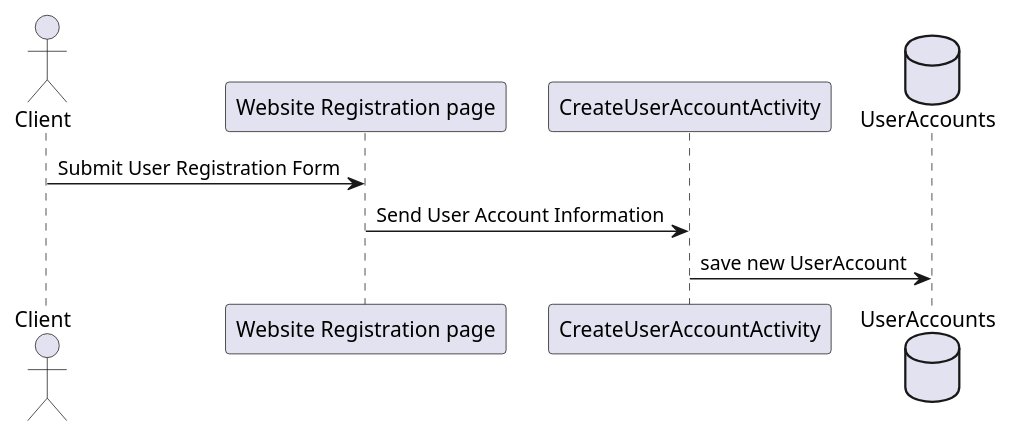
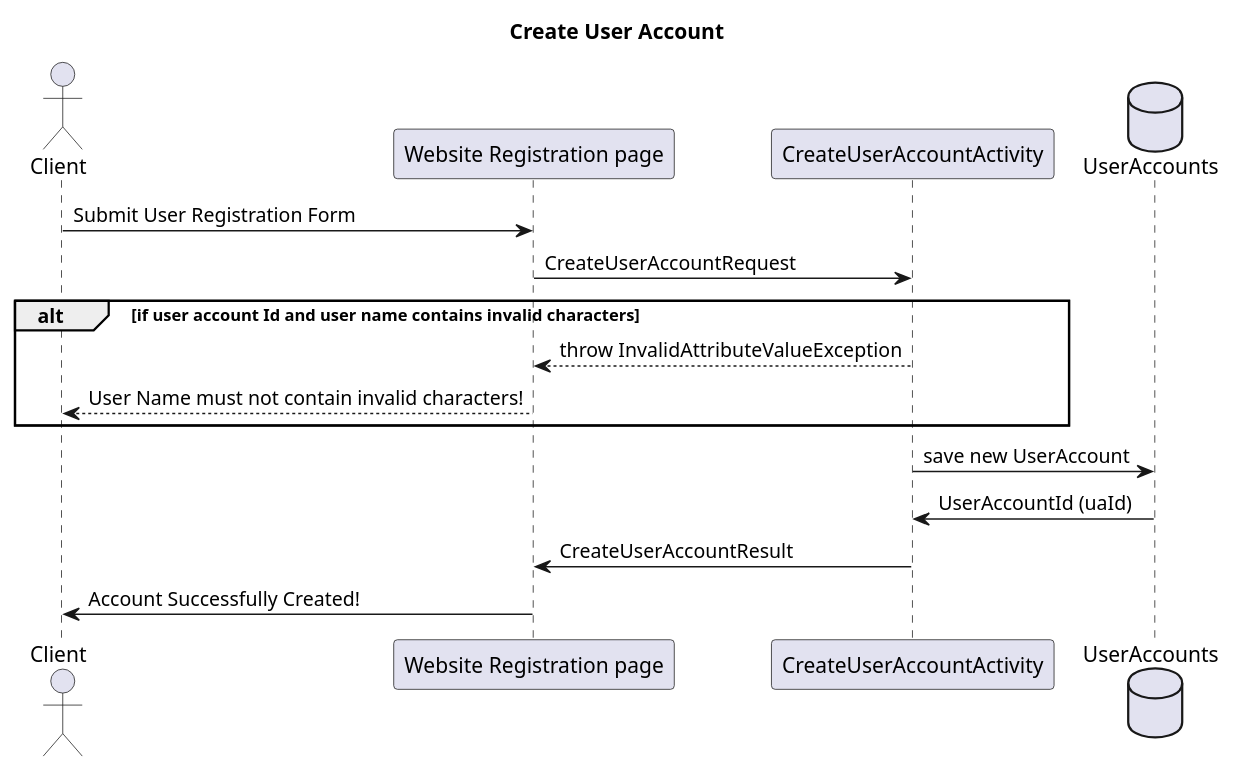
Before and after one commit to BloomTechBackend/bd-team-project-support-zebra: the diagram in project_documents/SequenceDiagrams/Create UserAccount.puml, drawn with PlantUML. The commit also changed 14 other files, not shown here.

Commit message:
Created UserAccount and SPS Endpoint

```diff
--- a/project_documents/SequenceDiagrams/Create UserAccount.puml
+++ b/project_documents/SequenceDiagrams/Create UserAccount.puml
@@ -1,13 +1,21 @@
 @startuml
 'https://plantuml.com/sequence-diagram
 
-
+title Create User Account
 actor Client as c
 participant "Website Registration page" as wrp
 participant CreateUserAccountActivity as cua
 database UserAccounts
 
 c -> wrp: Submit User Registration Form
-wrp -> cua: Send User Account Information
+wrp -> cua: CreateUserAccountRequest
+alt if user account Id and user name contains invalid characters
+cua --> wrp: throw InvalidAttributeValueException
+wrp --> c: User Name must not contain invalid characters!
+'else else continue
+end
 cua -> UserAccounts: save new UserAccount
+UserAccounts -> cua:  UserAccountId (uaId)
+cua -> wrp: CreateUserAccountResult
+wrp -> c: Account Successfully Created!
 @enduml
```
